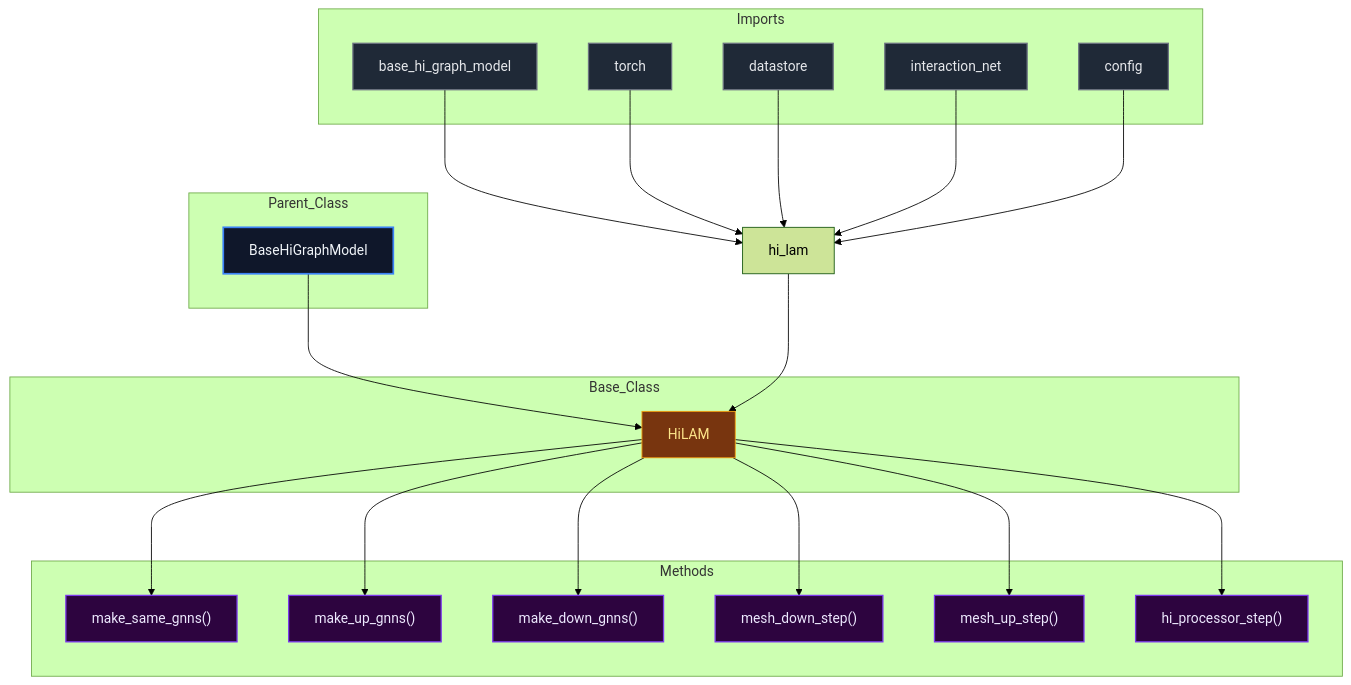
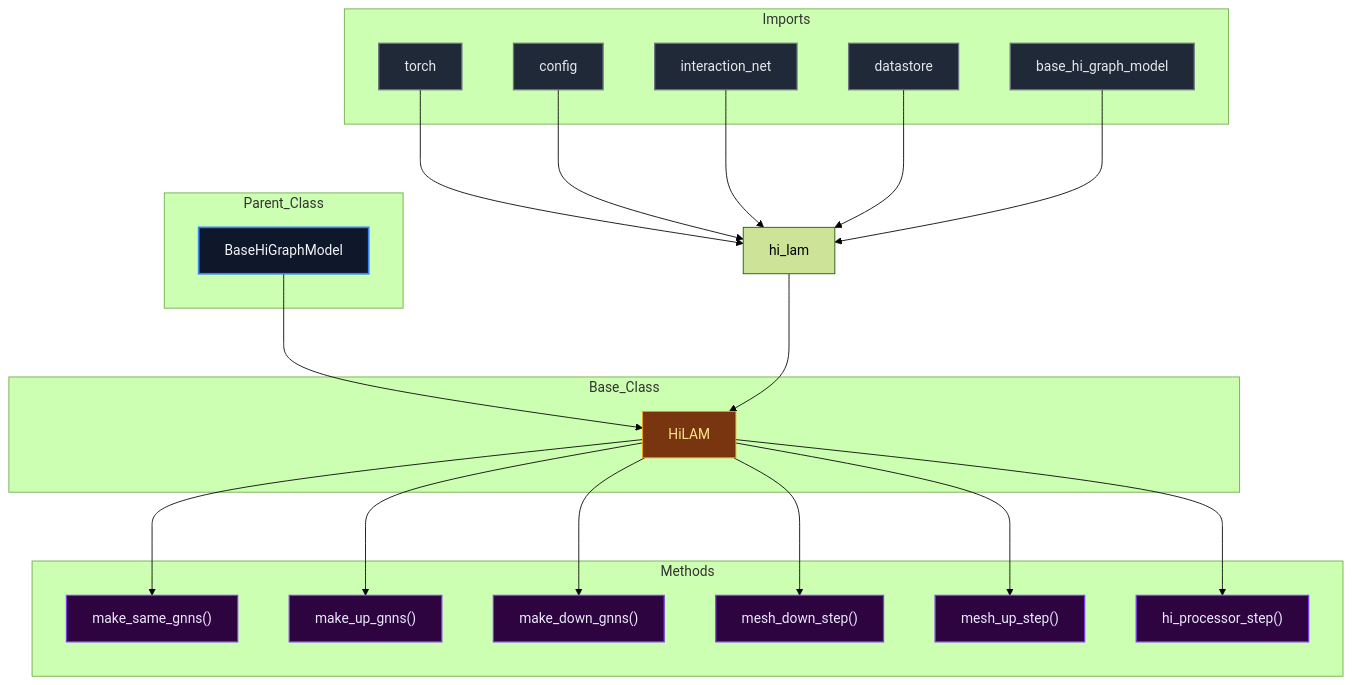
Before and after one commit to mllam/neural-lam: the diagram in docs/diagrams/hi_lam_diagram.md, drawn with Mermaid (forest theme). The commit also changed 21 other files, not shown here.

Commit message:
Auto-update Mermaid diagrams

````diff
--- a/docs/diagrams/hi_lam_diagram.md
+++ b/docs/diagrams/hi_lam_diagram.md
@@ -1,58 +1,58 @@
 ```mermaid
 %%{init: {'flowchart': {'nodeSpacing': 60, 'rankSpacing': 80}}}%%
 flowchart TD
 
 module["hi_lam"]
 
 subgraph Parent_Class
     BaseHiGraphModel["BaseHiGraphModel"]
 end
 
 subgraph Base_Class
     HiLAM["HiLAM"]
 end
 
     BaseHiGraphModel --> HiLAM
 
 subgraph Imports
+    torch["torch"]
+    config["config"]
+    interaction_net["interaction_net"]
+    datastore["datastore"]
     base_hi_graph_model["base_hi_graph_model"]
-    torch["torch"]
-    datastore["datastore"]
-    interaction_net["interaction_net"]
-    config["config"]
 end
 
+    torch --> module
+    config --> module
+    interaction_net --> module
+    datastore --> module
     base_hi_graph_model --> module
-    torch --> module
-    datastore --> module
-    interaction_net --> module
-    config --> module
     module --> HiLAM
 
 subgraph Methods
     HiLAM_make_same_gnns["make_same_gnns()"]
     HiLAM_make_up_gnns["make_up_gnns()"]
     HiLAM_make_down_gnns["make_down_gnns()"]
     HiLAM_mesh_down_step["mesh_down_step()"]
     HiLAM_mesh_up_step["mesh_up_step()"]
     HiLAM_hi_processor_step["hi_processor_step()"]
 end
 
     HiLAM --> HiLAM_make_same_gnns
     HiLAM --> HiLAM_make_up_gnns
     HiLAM --> HiLAM_make_down_gnns
     HiLAM --> HiLAM_mesh_down_step
     HiLAM --> HiLAM_mesh_up_step
     HiLAM --> HiLAM_hi_processor_step
 
 classDef parent fill:#0f172a,stroke:#3b82f6,stroke-width:2px,color:#f1f5f9,font-size:16px
 classDef base fill:#78350f,stroke:#f59e0b,stroke-width:1px,color:#fde68a,font-size:16px
 classDef import fill:#1f2937,stroke:#6b7280,stroke-width:1.5px,color:#e5e7eb,font-size:16px
 classDef method fill:#2d043f,stroke:#7c3aed,stroke-width:1.5px,color:#ede9fe,font-size:16px
 classDef callNode fill:#064e3b,stroke:#10b981,stroke-width:1.5px,color:#d1fae5,font-size:16px
 class BaseHiGraphModel parent
 class HiLAM base
-class base_hi_graph_model,torch,datastore,interaction_net,config import
+class torch,config,interaction_net,datastore,base_hi_graph_model import
 class HiLAM_make_same_gnns,HiLAM_make_up_gnns,HiLAM_make_down_gnns,HiLAM_mesh_down_step,HiLAM_mesh_up_step,HiLAM_hi_processor_step method
 
 ```
````
